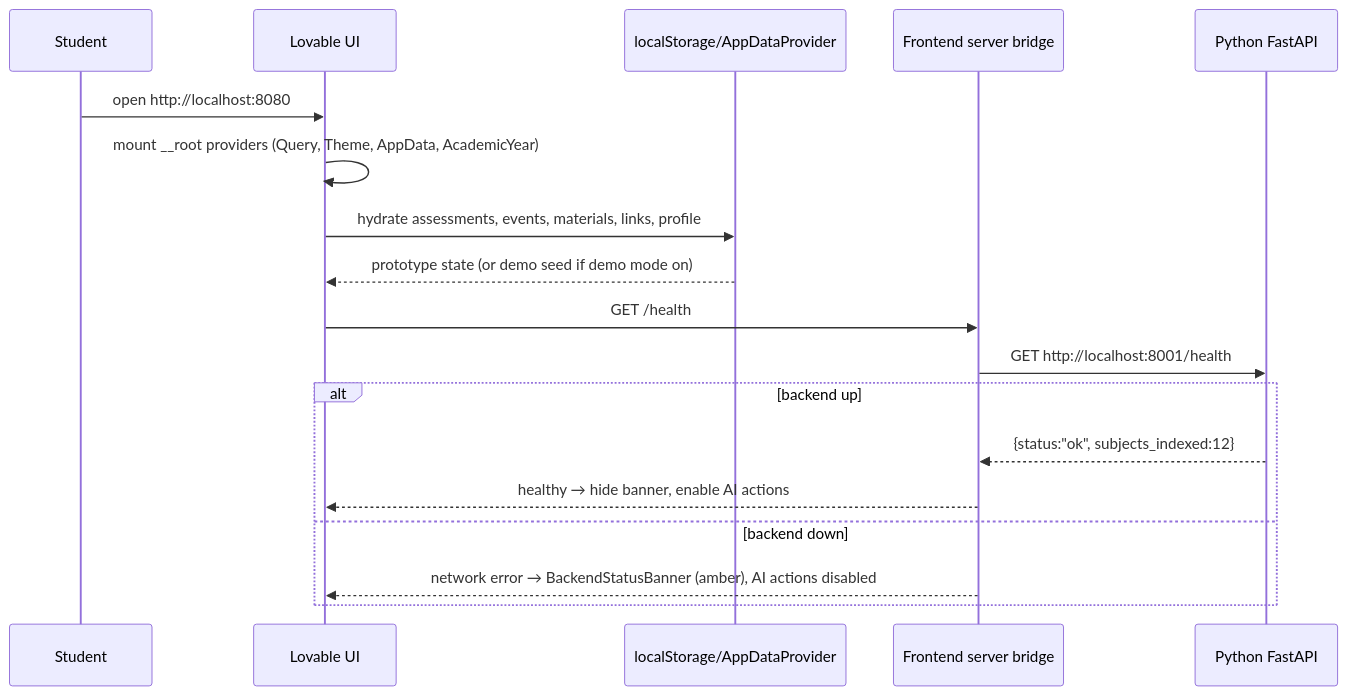
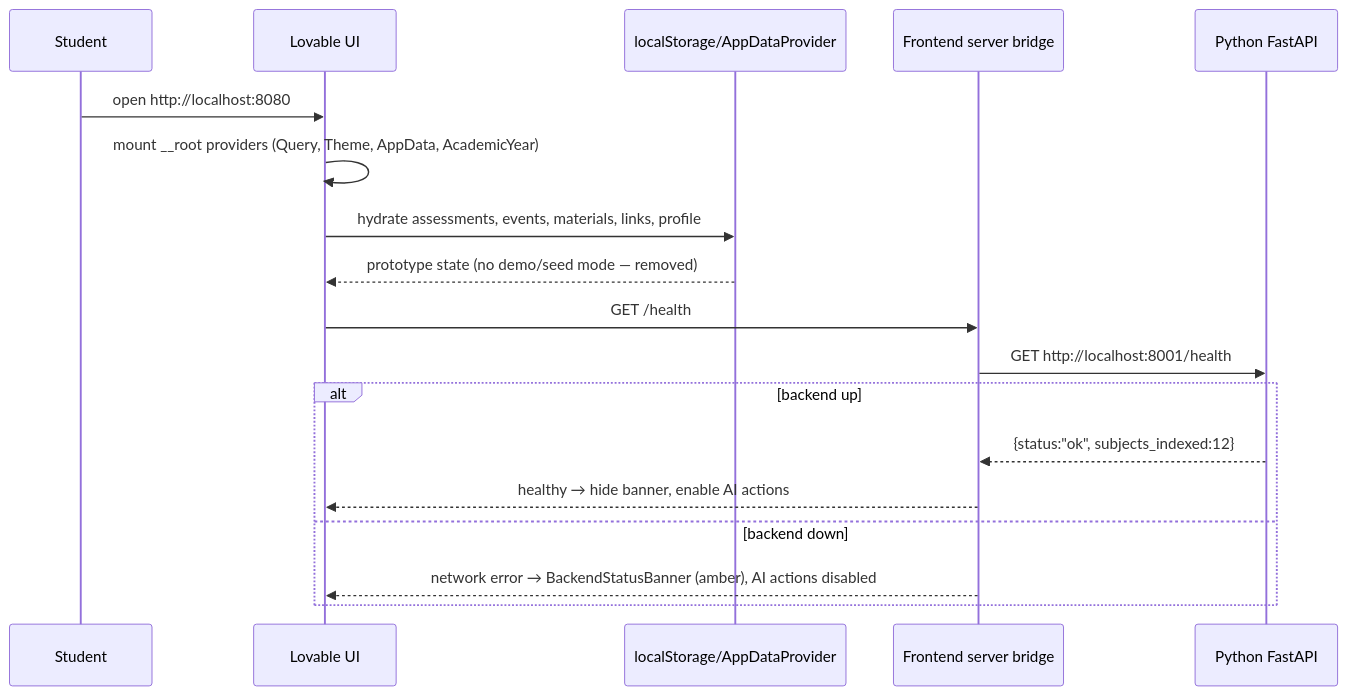
Before and after one commit to keyshavmor/study-swiss-star: the first of 14 diagrams in docs/USER_FLOWS.md, drawn with Mermaid. The commit also changed 80 other files, not shown here.

````diff
--- a/docs/USER_FLOWS.md
+++ b/docs/USER_FLOWS.md
@@ -11,20 +11,20 @@
 ```mermaid
 sequenceDiagram
     participant Student
     participant UI as Lovable UI
     participant LS as localStorage/AppDataProvider
     participant SF as Frontend server bridge
     participant PY as Python FastAPI
     Student->>UI: open http://localhost:8080
     UI->>UI: mount __root providers (Query, Theme, AppData, AcademicYear)
     UI->>LS: hydrate assessments, events, materials, links, profile
-    LS-->>UI: prototype state (or demo seed if demo mode on)
+    LS-->>UI: prototype state (no demo/seed mode — removed)
     UI->>SF: GET /health
     SF->>PY: GET http://localhost:8001/health
     alt backend up
         PY-->>SF: {status:"ok", subjects_indexed:12}
         SF-->>UI: healthy → hide banner, enable AI actions
     else backend down
         SF-->>UI: network error → BackendStatusBanner (amber), AI actions disabled
     end
 ```
````
